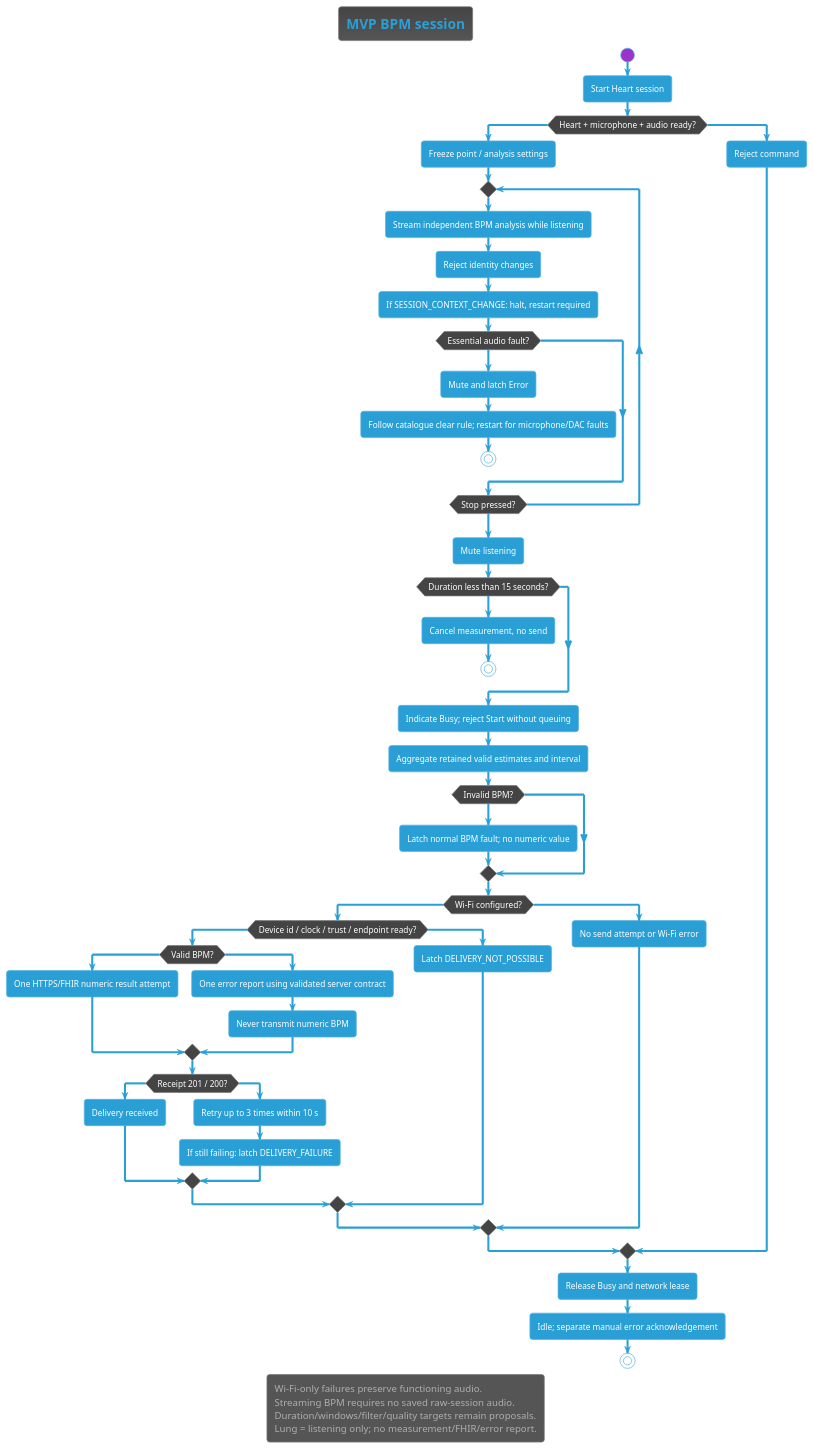
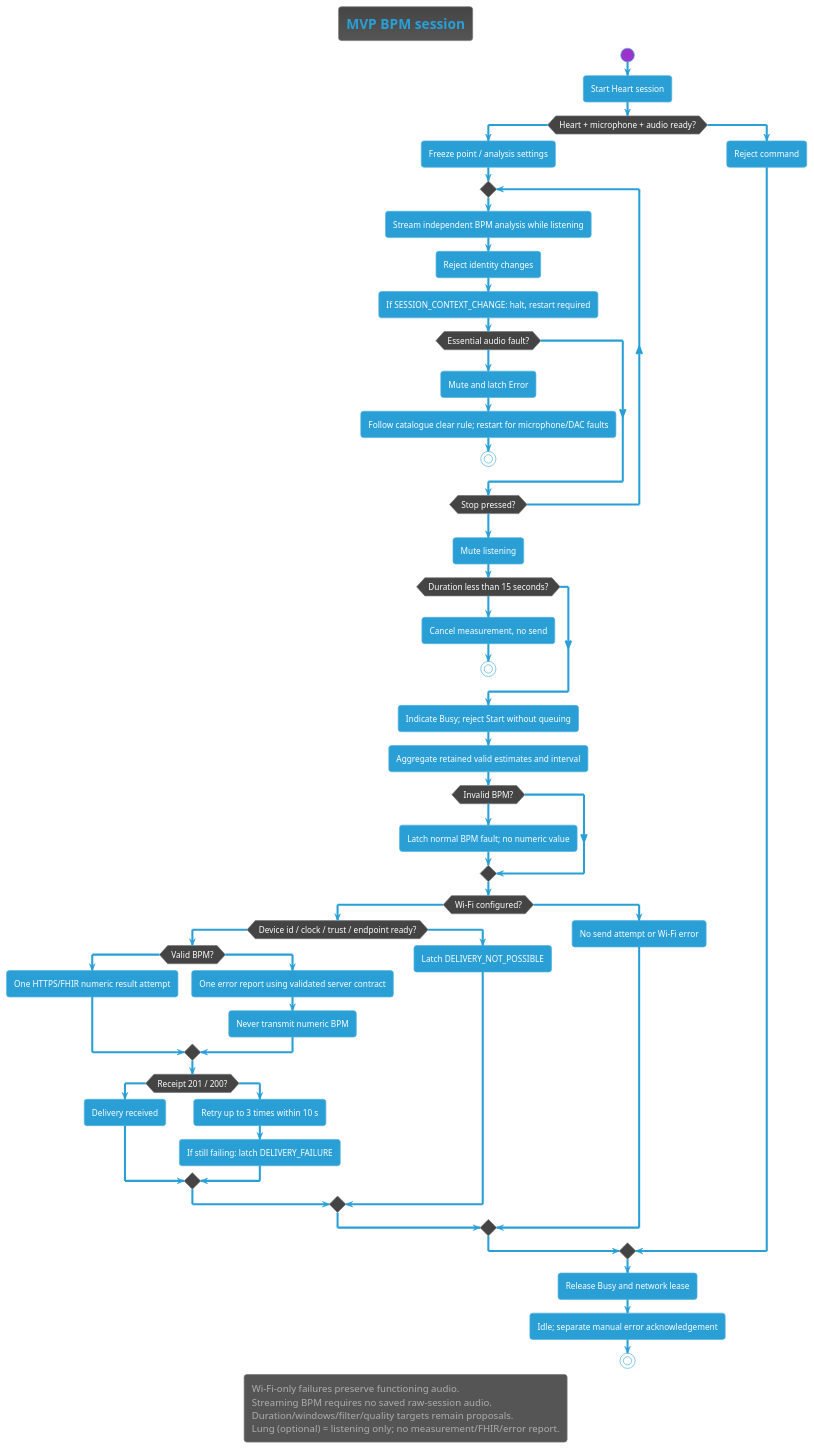
One commit to DemonicPsychoII/DigitalStethoscope changed the diagram in Development/system/architecture/system/measurement-workflow.puml. Above: the diagram before and after it, drawn with PlantUML. The commit also changed 7 other files, not shown here.

First line of the commit message:
docs(architecture): mark Lung as optional and fix review findings

```diff
--- a/Development/system/architecture/system/measurement-workflow.puml
+++ b/Development/system/architecture/system/measurement-workflow.puml
@@ -1,62 +1,62 @@
 @startuml measurement_workflow
 !theme cyborg
 skinparam shadowing false
 skinparam defaultFontName SansSerif
 title MVP BPM session
 start
 :Start Heart session;
 if (Heart + microphone + audio ready?) then (yes)
  :Freeze point / analysis settings;
  repeat
   :Stream independent BPM analysis while listening;
   :Reject identity changes;
   :If SESSION_CONTEXT_CHANGE: halt, restart required;
   if (Essential audio fault?) then (yes)
    :Mute and latch Error;
    :Follow catalogue clear rule; restart for microphone/DAC faults;
    stop
   endif
  repeat while (Stop pressed?) is (no) not (yes)
  :Mute listening;
  if (Duration less than 15 seconds?) then (yes)
   :Cancel measurement, no send;
   stop
  endif
  :Indicate Busy; reject Start without queuing;
  :Aggregate retained valid estimates and interval;
  if (Invalid BPM?) then (yes)
   :Latch normal BPM fault; no numeric value;
  endif
  if (Wi-Fi configured?) then (yes)
   if (Device id / clock / trust / endpoint ready?) then (yes)
    if (Valid BPM?) then (yes)
     :One HTTPS/FHIR numeric result attempt;
    else (no)
     :One error report using validated server contract;
     :Never transmit numeric BPM;
    endif
    if (Receipt 201 / 200?) then (yes)
     :Delivery received;
    else (no)
     :Retry up to 3 times within 10 s;
     :If still failing: latch DELIVERY_FAILURE;
    endif
   else (no)
    :Latch DELIVERY_NOT_POSSIBLE;
   endif
  else (no)
   :No send attempt or Wi-Fi error;
  endif
 else (no)
  :Reject command;
 endif
 :Release Busy and network lease;
 :Idle; separate manual error acknowledgement;
 stop
 legend bottom
   Wi-Fi-only failures preserve functioning audio.
   Streaming BPM requires no saved raw-session audio.
   Duration/windows/filter/quality targets remain proposals.
-  Lung = listening only; no measurement/FHIR/error report.
+  Lung (optional) = listening only; no measurement/FHIR/error report.
 endlegend
 @enduml
```
